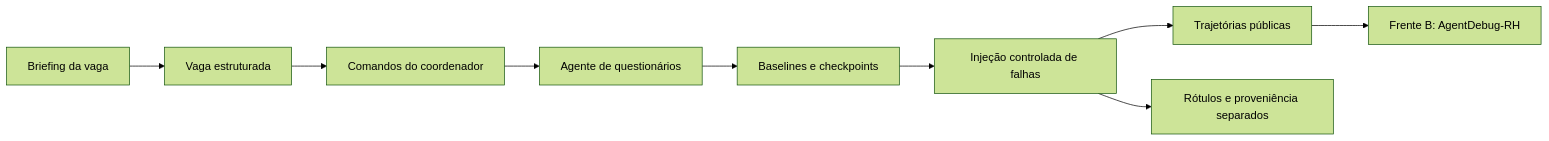
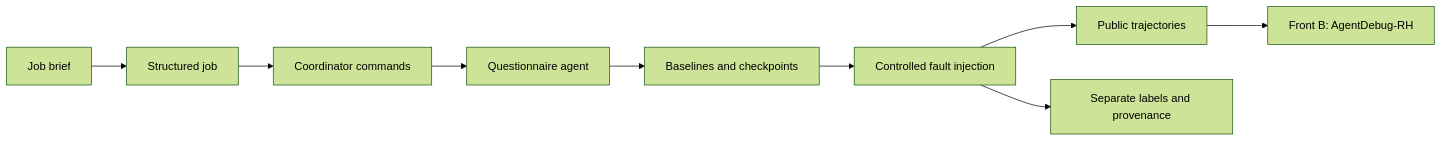
One commit to PDC-PDAI/scenario-emulator changed the diagram in README.md. Above: the diagram before and after it, drawn with Mermaid (forest theme). The commit also changed other lines of this file and 77 other files, not shown here.

````diff
--- a/README.md
+++ b/README.md
@@ -13,11 +13,11 @@
 ```mermaid
 flowchart LR
-    V[Briefing da vaga] --> J[Vaga estruturada]
-    J --> C[Comandos do coordenador]
-    C --> Q[Agente de questionários]
-    Q --> B[Baselines e checkpoints]
-    B --> F[Injeção controlada de falhas]
-    F --> T[Trajetórias públicas]
-    F --> L[Rótulos e proveniência separados]
-    T --> D[Frente B: AgentDebug-RH]
+    V[Job brief] --> J[Structured job]
+    J --> C[Coordinator commands]
+    C --> Q[Questionnaire agent]
+    Q --> B[Baselines and checkpoints]
+    B --> F[Controlled fault injection]
+    F --> T[Public trajectories]
+    F --> L[Separate labels and provenance]
+    T --> D[Front B: AgentDebug-RH]
 ```
````
